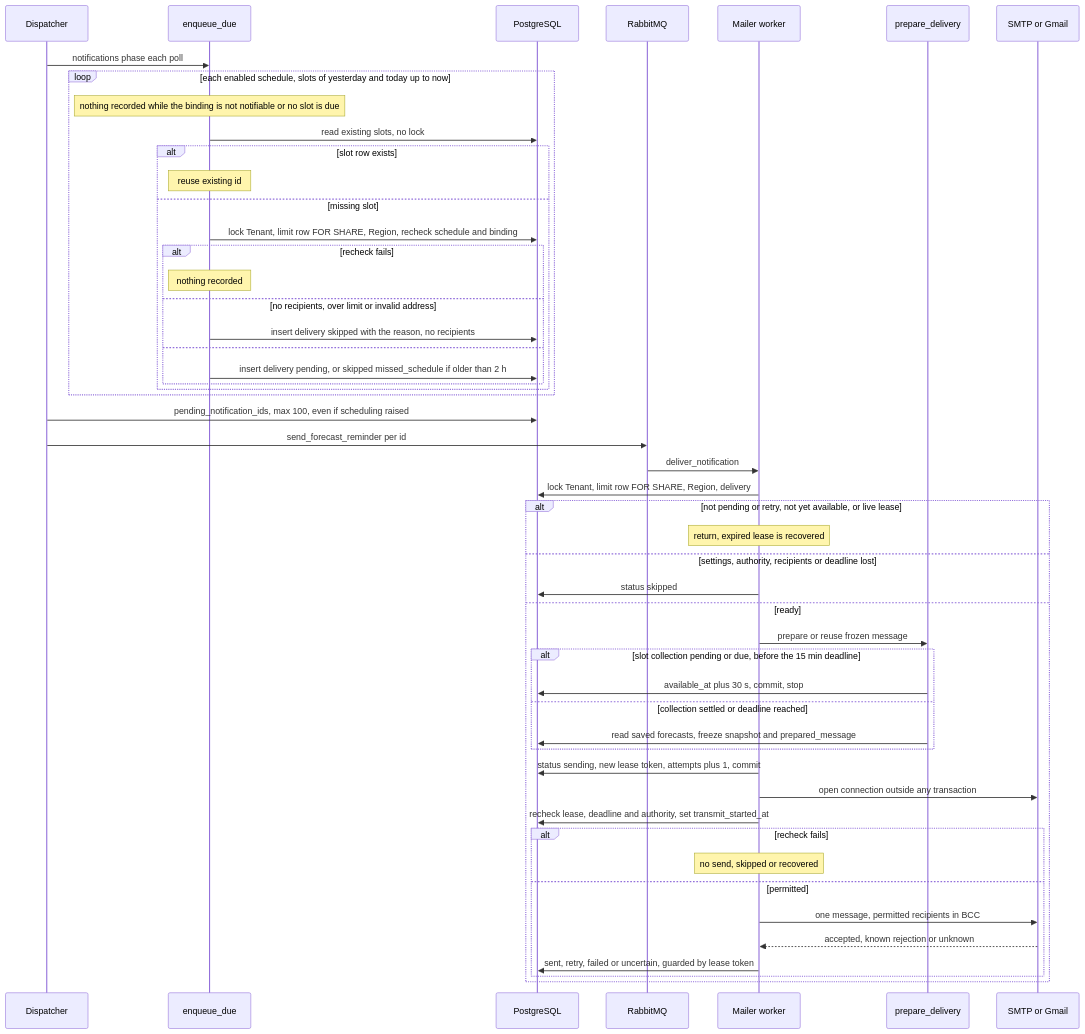
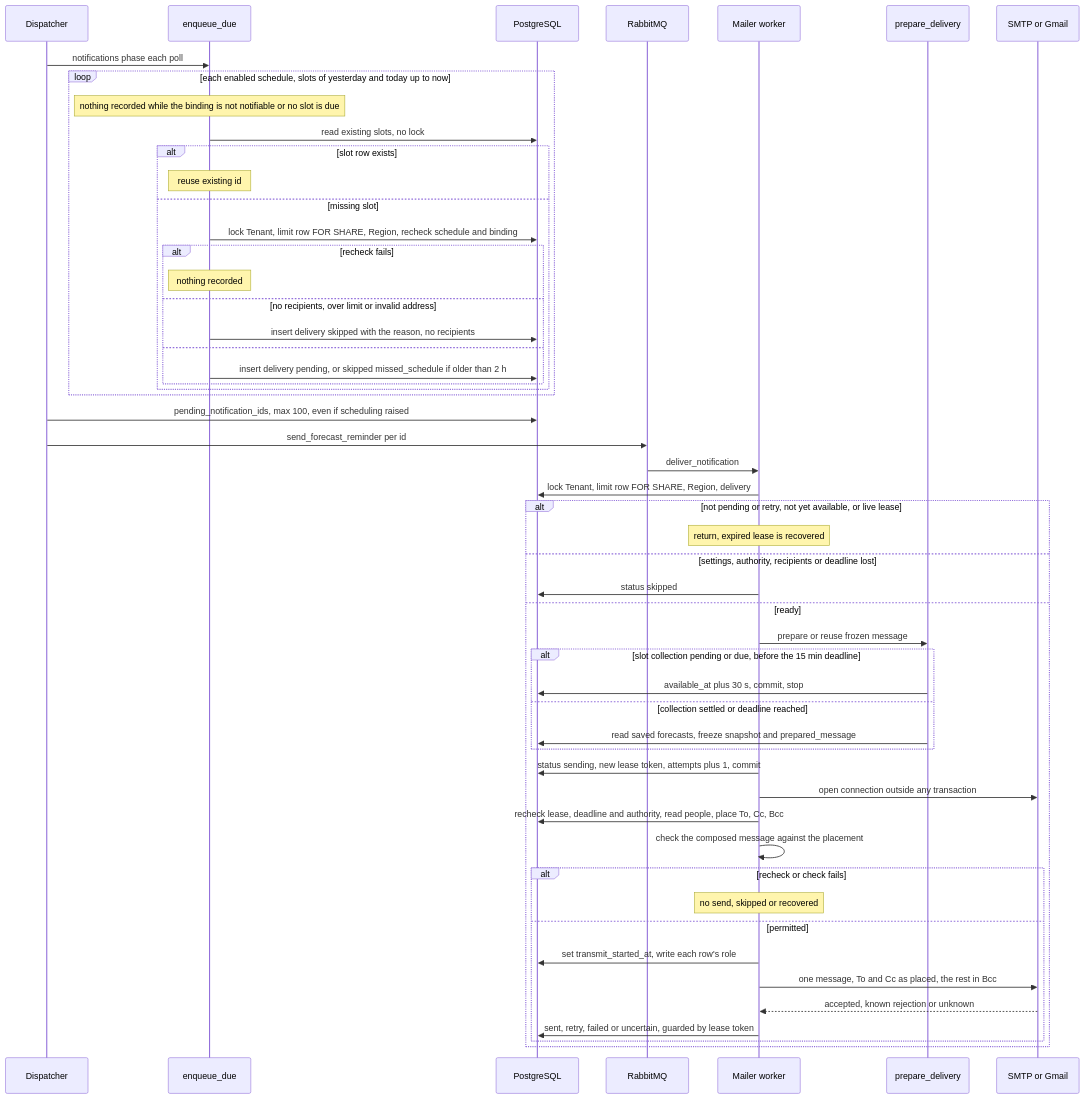
The diagram in docs/flows/reminder-delivery.md (erkurtharun/pyracast), drawn with Mermaid before and after one commit. The commit also changed other lines of this file and 12 other files, not shown here.

First line of the commit message:
Describe recipient roles of reminder mail in the flow pages (#141)

````diff
--- a/docs/flows/reminder-delivery.md
+++ b/docs/flows/reminder-delivery.md
@@ -19,53 +21,55 @@
 ```mermaid
 sequenceDiagram
     participant D as Dispatcher
     participant S as enqueue_due
     participant DB as PostgreSQL
     participant Q as RabbitMQ
     participant W as Mailer worker
     participant P as prepare_delivery
     participant M as SMTP or Gmail
     D->>S: notifications phase each poll
     loop each enabled schedule, slots of yesterday and today up to now
         Note over S: nothing recorded while the binding is not notifiable or no slot is due
         S->>DB: read existing slots, no lock
         alt slot row exists
             Note over S: reuse existing id
         else missing slot
             S->>DB: lock Tenant, limit row FOR SHARE, Region, recheck schedule and binding
             alt recheck fails
                 Note over S: nothing recorded
             else no recipients, over limit or invalid address
                 S->>DB: insert delivery skipped with the reason, no recipients
             else
                 S->>DB: insert delivery pending, or skipped missed_schedule if older than 2 h
             end
         end
     end
     D->>DB: pending_notification_ids, max 100, even if scheduling raised
     D->>Q: send_forecast_reminder per id
     Q->>W: deliver_notification
     W->>DB: lock Tenant, limit row FOR SHARE, Region, delivery
     alt not pending or retry, not yet available, or live lease
         Note over W: return, expired lease is recovered
     else settings, authority, recipients or deadline lost
         W->>DB: status skipped
     else ready
         W->>P: prepare or reuse frozen message
         alt slot collection pending or due, before the 15 min deadline
             P->>DB: available_at plus 30 s, commit, stop
         else collection settled or deadline reached
             P->>DB: read saved forecasts, freeze snapshot and prepared_message
         end
         W->>DB: status sending, new lease token, attempts plus 1, commit
         W->>M: open connection outside any transaction
-        W->>DB: recheck lease, deadline and authority, set transmit_started_at
-        alt recheck fails
+        W->>DB: recheck lease, deadline and authority, read people, place To, Cc, Bcc
+        W->>W: check the composed message against the placement
+        alt recheck or check fails
             Note over W: no send, skipped or recovered
         else permitted
-            W->>M: one message, permitted recipients in BCC
+            W->>DB: set transmit_started_at, write each row's role
+            W->>M: one message, To and Cc as placed, the rest in Bcc
             M-->>W: accepted, known rejection or unknown
             W->>DB: sent, retry, failed or uncertain, guarded by lease token
         end
     end
 ```
````
